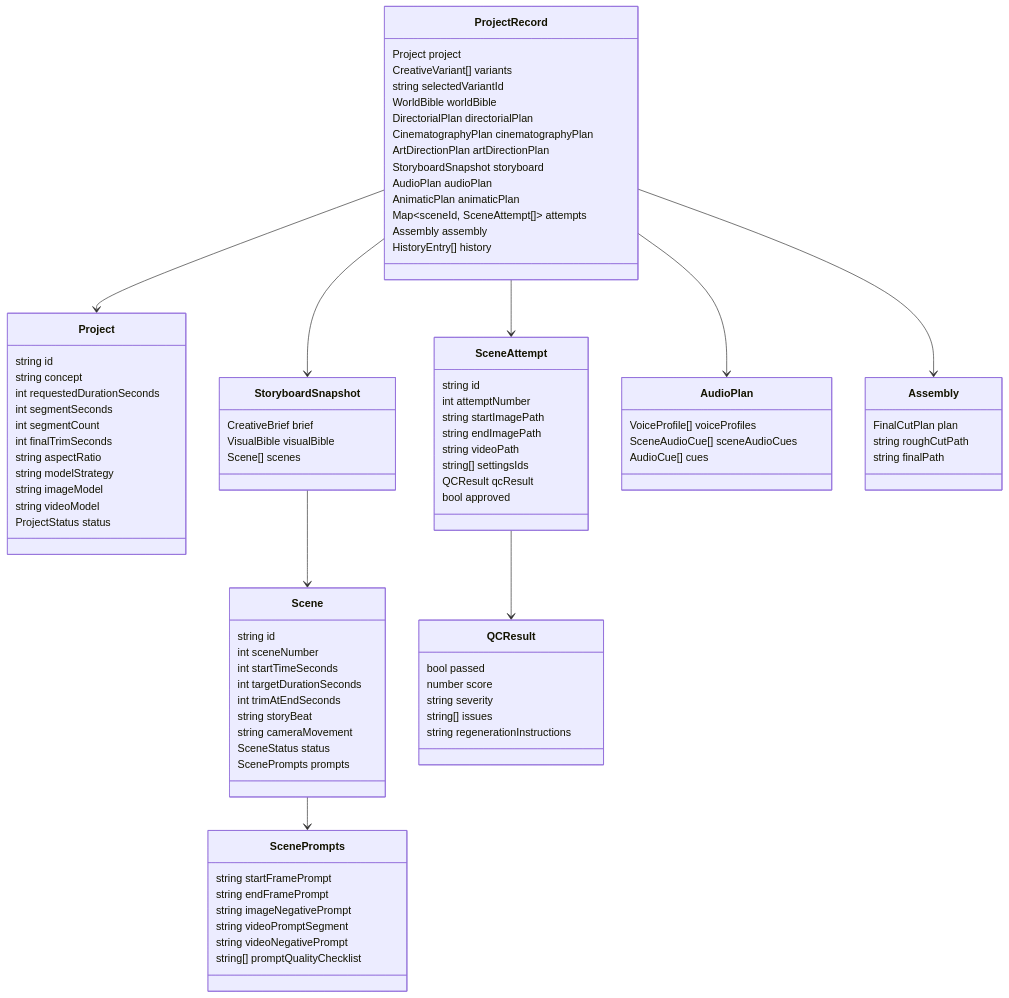
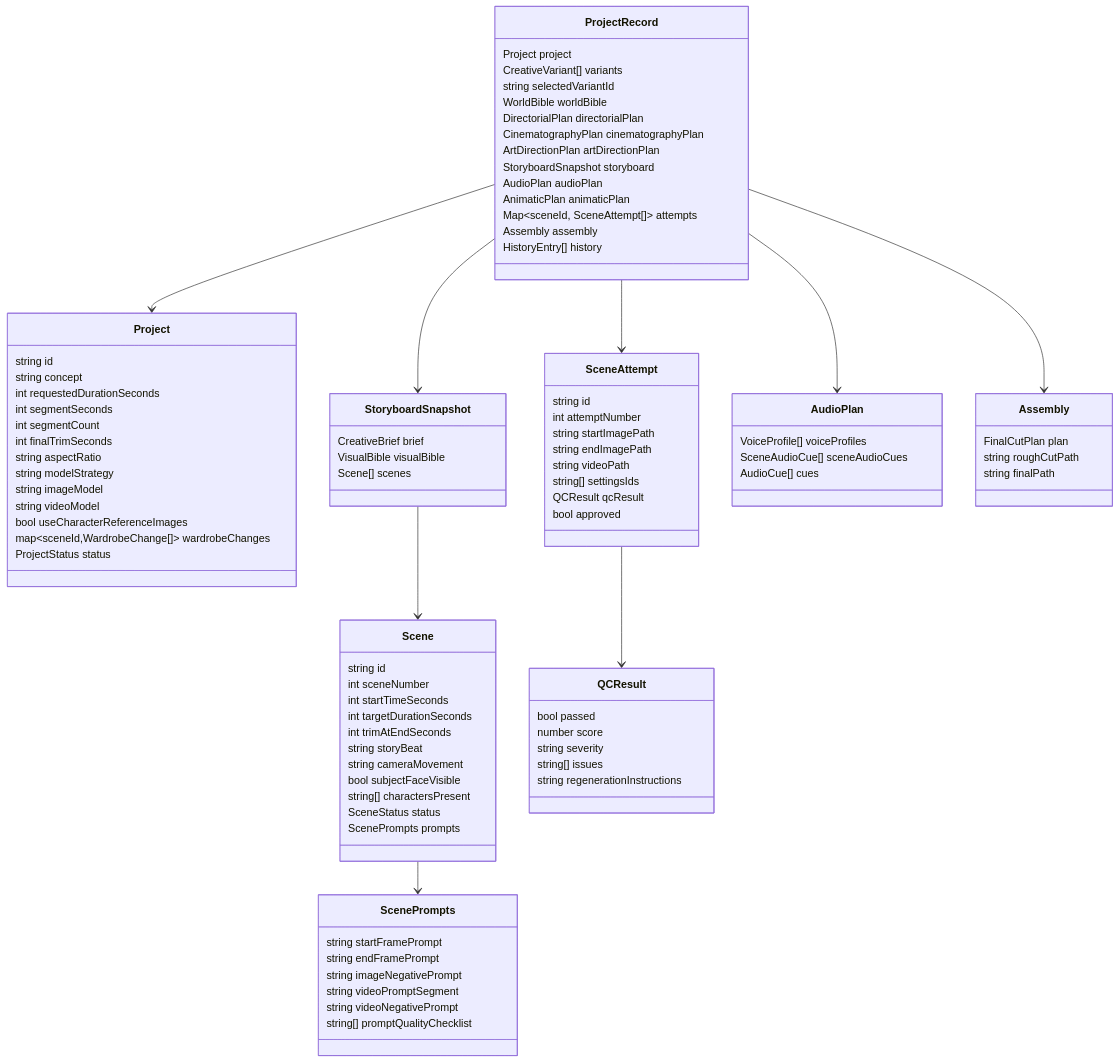
One commit to jamesbas/storyforgeai changed diagram 12 of 18 in architecture.md. Above: the diagram before and after it, drawn with Mermaid. The commit also changed other lines of this file and 1 other file, not shown here.

```diff
--- a/architecture.md
+++ b/architecture.md
@@ -823,6 +869,8 @@
         string modelStrategy
         string imageModel
         string videoModel
+        bool useCharacterReferenceImages
+        map~sceneId,WardrobeChange[]~ wardrobeChanges
         ProjectStatus status
     }
     class StoryboardSnapshot {
@@ -838,6 +886,8 @@
         int trimAtEndSeconds
         string storyBeat
         string cameraMovement
+        bool subjectFaceVisible
+        string[] charactersPresent
         SceneStatus status
         ScenePrompts prompts
     }
```
